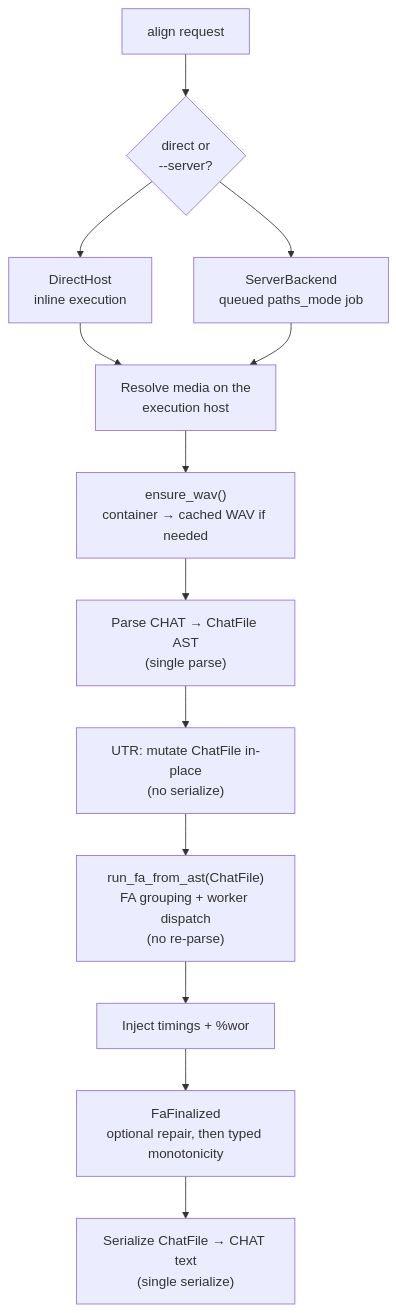
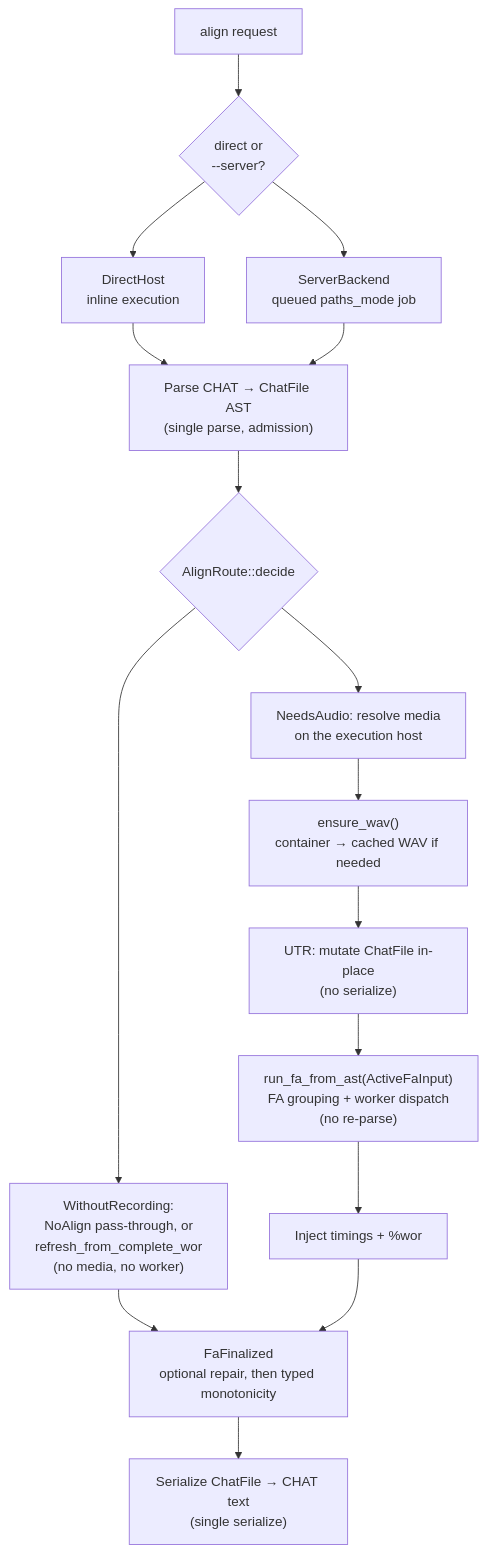
One commit to FranklinChen/talkbank-tools changed the second of 16 diagrams in book/src/batchalign/reference/forced-alignment.md. Above: the diagram before and after it, drawn with Mermaid. The commit also changed other lines of this file and 242 other files, not shown here.

````diff
--- a/book/src/batchalign/reference/forced-alignment.md
+++ b/book/src/batchalign/reference/forced-alignment.md
@@ -186,20 +199,24 @@
 ```mermaid
 flowchart TD
     start["align request"]
     host{"direct or<br/>--server?"}
     direct["DirectHost<br/>inline execution"]
     server["ServerBackend<br/>queued paths_mode job"]
-    media["Resolve media on the<br/>execution host"]
+    parse["Parse CHAT → ChatFile AST<br/>(single parse, admission)"]
+    route{"AlignRoute::decide"}
+    norec["WithoutRecording:<br/>NoAlign pass-through, or<br/>refresh_from_complete_wor<br/>(no media, no worker)"]
+    media["NeedsAudio: resolve media<br/>on the execution host"]
     wav["ensure_wav()<br/>container → cached WAV if needed"]
-    parse["Parse CHAT → ChatFile AST<br/>(single parse)"]
     utr["UTR: mutate ChatFile in-place<br/>(no serialize)"]
-    fa["run_fa_from_ast(ChatFile)<br/>FA grouping + worker dispatch<br/>(no re-parse)"]
+    fa["run_fa_from_ast(ActiveFaInput)<br/>FA grouping + worker dispatch<br/>(no re-parse)"]
     inject["Inject timings + %wor"]
     finalize["FaFinalized<br/>optional repair, then typed monotonicity"]
     serial["Serialize ChatFile → CHAT text<br/>(single serialize)"]
 
     start --> host
-    host --> direct --> media
-    host --> server --> media
-    media --> wav --> parse --> utr --> fa --> inject --> finalize --> serial
+    host --> direct --> parse
+    host --> server --> parse
+    parse --> route
+    route --> norec --> finalize
+    route --> media --> wav --> utr --> fa --> inject --> finalize --> serial
 ```
````
